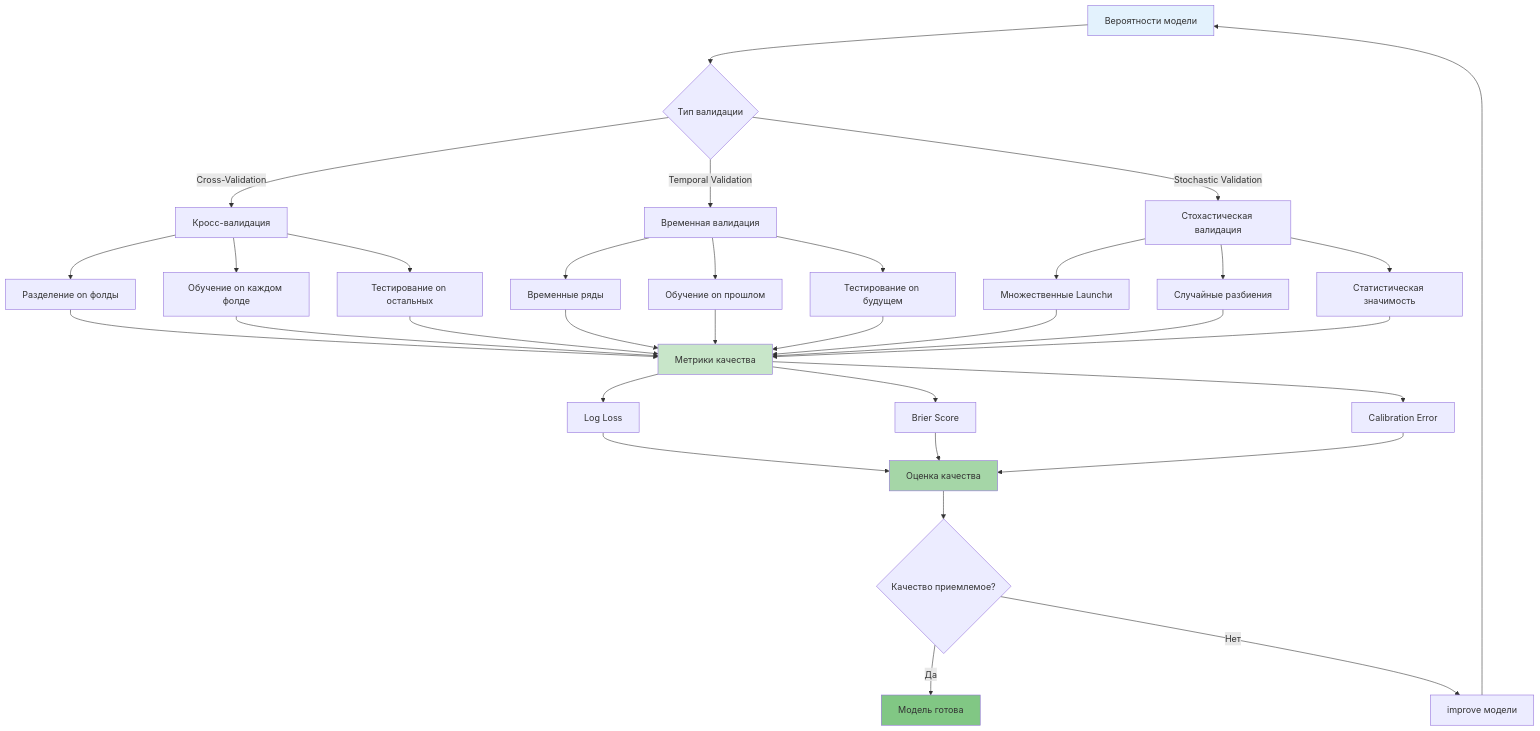
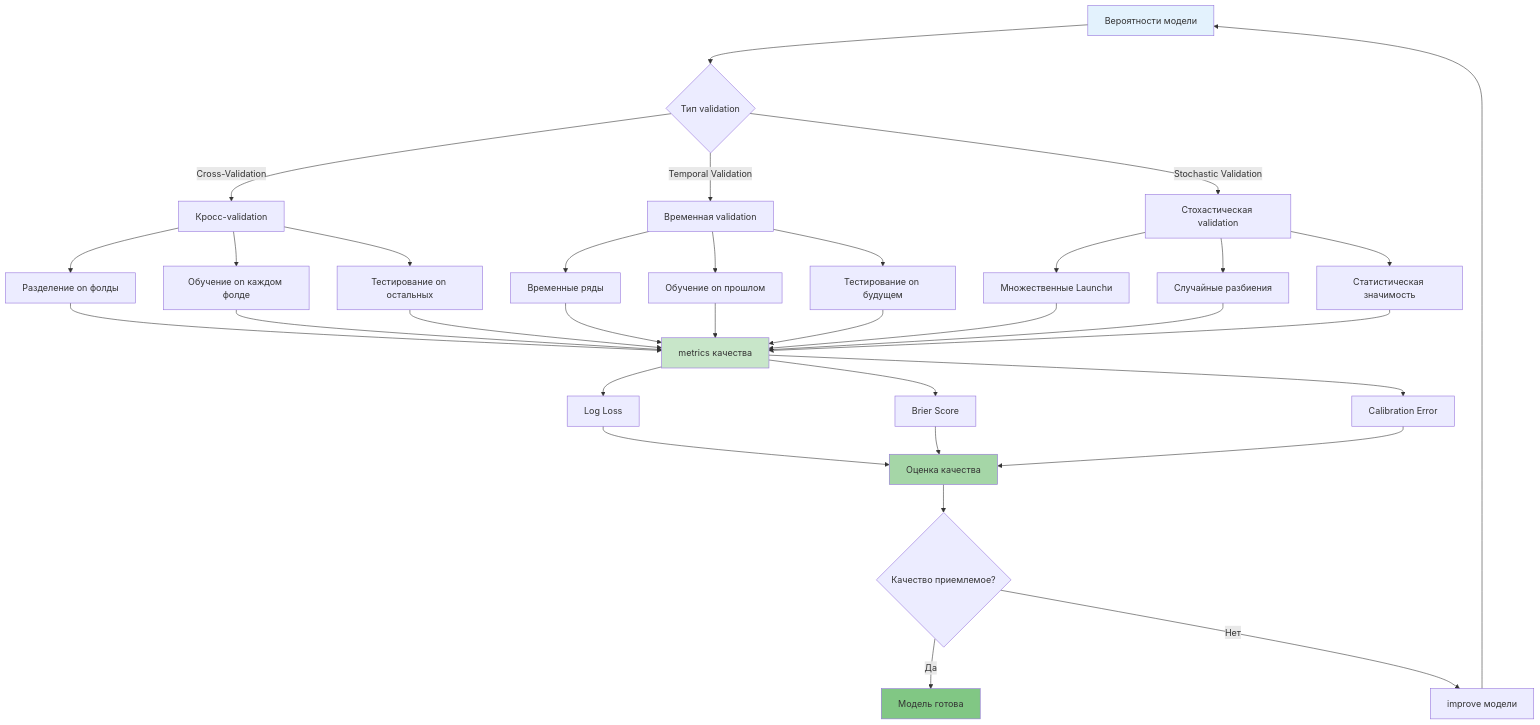
The sixth of 8 diagrams in docs/automl/gluon/26_probability_usage_guide.md (NeoZorK/neozork-hld-prediction), drawn with Mermaid before and after one commit. The commit also changed other lines of this file and 88 other files, not shown here.

````diff
--- a/docs/automl/gluon/26_probability_usage_guide.md
+++ b/docs/automl/gluon/26_probability_usage_guide.md
@@ -1553,48 +1553,48 @@
 ```mermaid
 graph TD
-A[Вероятности модели] --> B{Тип валидации}
+A[Вероятности модели] --> B{Тип validation}
 
-B -->|Cross-Validation| C[Кросс-валидация]
-B -->|Temporal Validation| D[Временная валидация]
-B -->|Stochastic Validation| E[Стохастическая валидация]
+B -->|Cross-Validation| C[Кросс-validation]
+B -->|Temporal Validation| D[Временная validation]
+B -->|Stochastic Validation| E[Стохастическая validation]
 
 C --> C1[Разделение on фолды]
 C --> C2[Обучение on каждом фолде]
 C --> C3[Тестирование on остальных]
 
 D --> D1[Временные ряды]
 D --> D2[Обучение on прошлом]
 D --> D3[Тестирование on будущем]
 
 E --> E1[Множественные Launchи]
 E --> E2[Случайные разбиения]
 E --> E3[Статистическая значимость]
 
-C1 --> F[Метрики качества]
+C1 --> F[metrics качества]
  C2 --> F
  C3 --> F
  D1 --> F
  D2 --> F
  D3 --> F
  E1 --> F
  E2 --> F
  E3 --> F
 
  F --> G[Log Loss]
  F --> H[Brier Score]
  F --> I[Calibration Error]
 
 G --> J[Оценка качества]
  H --> J
  I --> J
 
 J --> K{Качество приемлемое?}
 K -->|Да| L[Модель готова]
 K -->|Нет| M[improve модели]
  M --> A
 
  style A fill:#e3f2fd
  style F fill:#c8e6c9
  style J fill:#a5d6a7
  style L fill:#81c784
 ```
````
